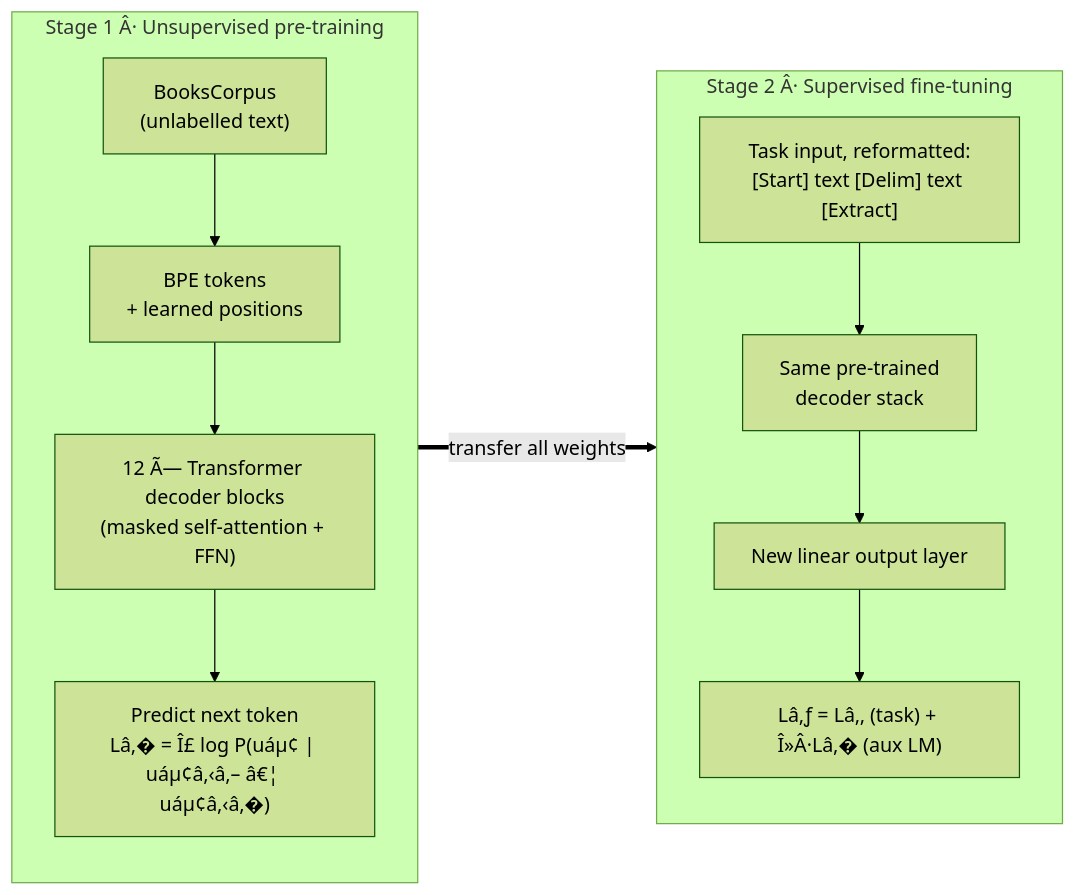
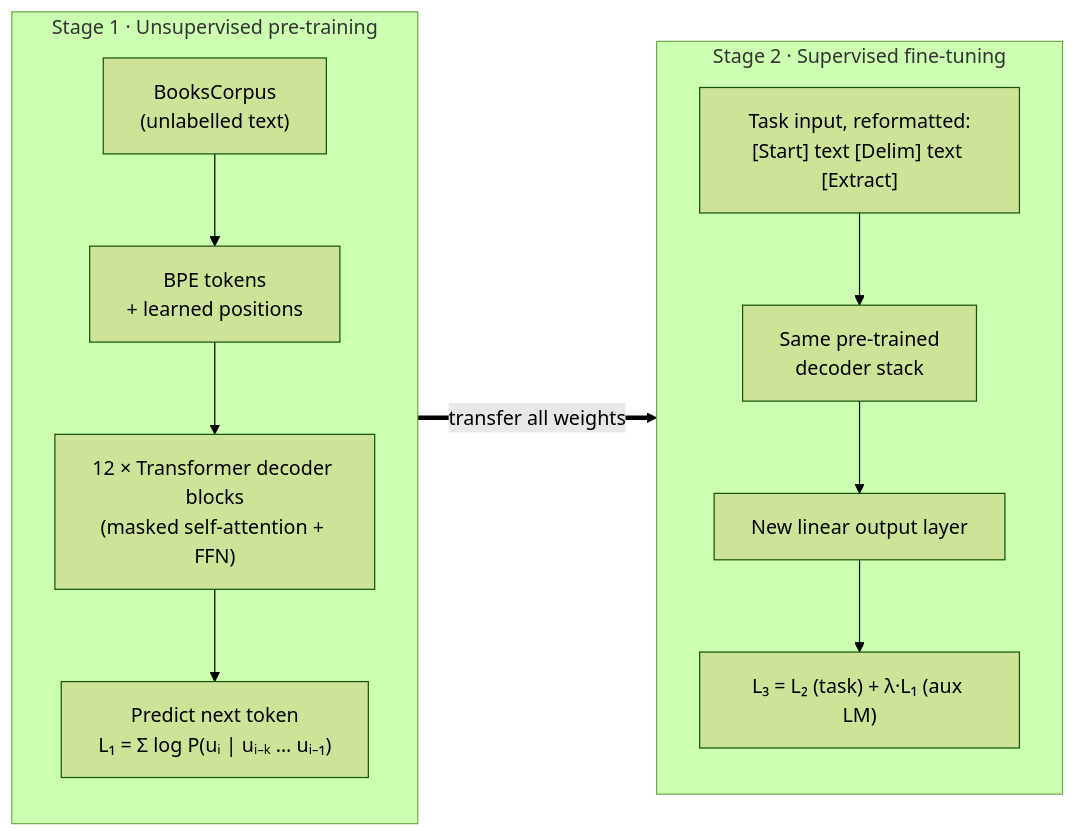
Before and after one commit to cyourth/neural-network-lineage: diagram 14 of 15 in README.md, drawn with Mermaid (forest theme). The commit also changed other lines of this file, not shown here.

````diff
--- a/README.md
+++ b/README.md
@@ -595,16 +595,16 @@
 ```mermaid
 flowchart LR
-    subgraph S1["Stage 1 Â· Unsupervised pre-training"]
+    subgraph S1["Stage 1 · Unsupervised pre-training"]
         direction TB
         BC["BooksCorpus<br/>(unlabelled text)"] --> TOK["BPE tokens<br/>+ learned positions"]
-        TOK --> DEC["12 Ã— Transformer decoder blocks<br/>(masked self-attention + FFN)"]
-        DEC --> LM["Predict next token<br/>Lâ‚� = Î£ log P(uáµ¢ | uáµ¢â‚‹â‚– â€¦ uáµ¢â‚‹â‚�)"]
+        TOK --> DEC["12 × Transformer decoder blocks<br/>(masked self-attention + FFN)"]
+        DEC --> LM["Predict next token<br/>L₁ = Σ log P(uᵢ | uᵢ₋ₖ … uᵢ₋₁)"]
     end
-    subgraph S2["Stage 2 Â· Supervised fine-tuning"]
+    subgraph S2["Stage 2 · Supervised fine-tuning"]
         direction TB
         TASK["Task input, reformatted:<br/>[Start] text [Delim] text [Extract]"] --> DEC2["Same pre-trained<br/>decoder stack"]
         DEC2 --> HEAD["New linear output layer"]
-        HEAD --> LOSS["Lâ‚ƒ = Lâ‚‚ (task) + Î»Â·Lâ‚� (aux LM)"]
+        HEAD --> LOSS["L₃ = L₂ (task) + λ·L₁ (aux LM)"]
     end
     S1 ==>|"transfer all weights"| S2
 ```
````
